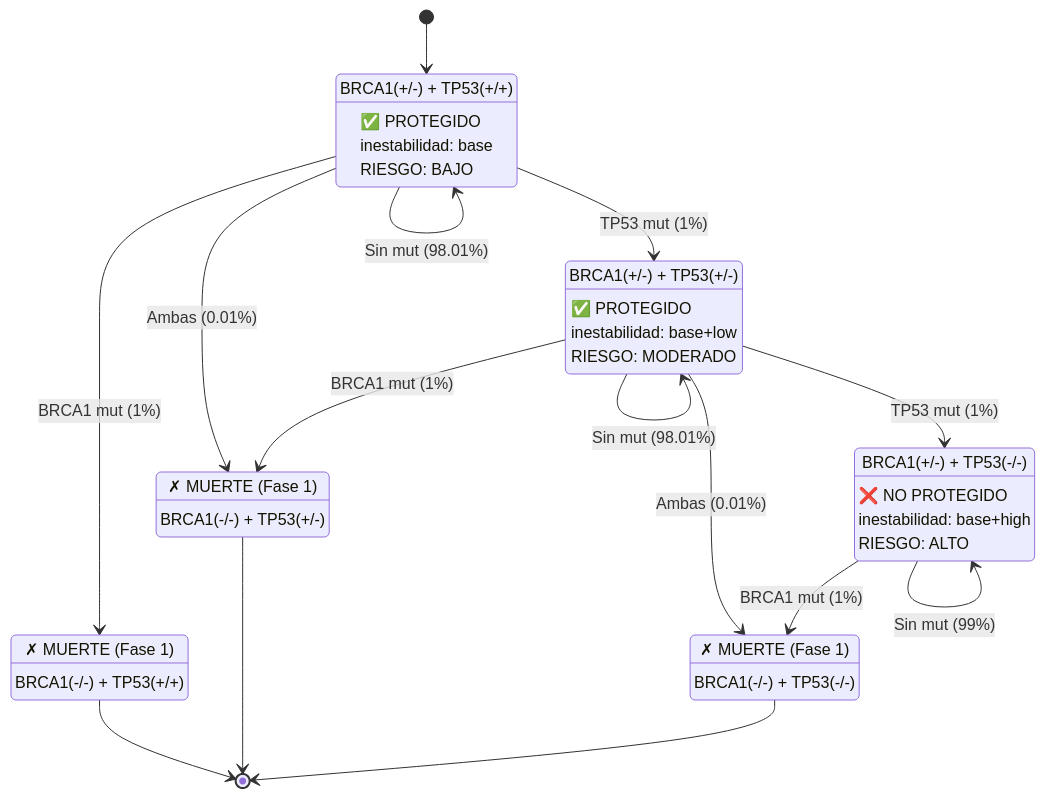
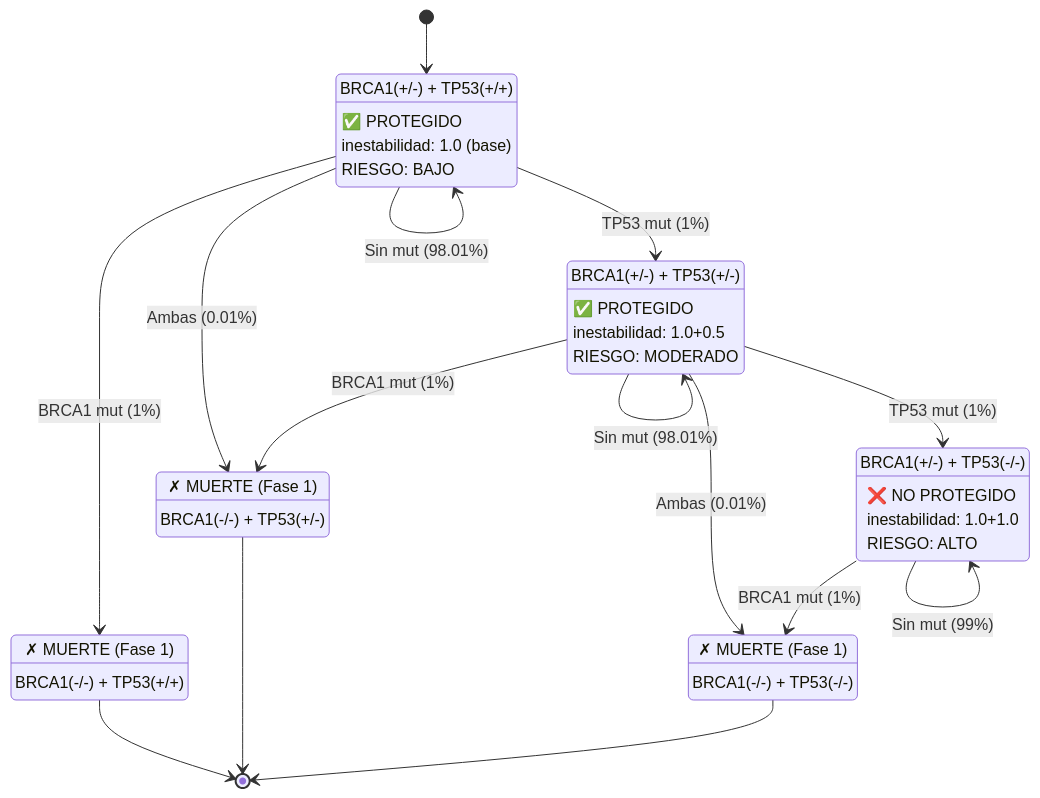
Before and after one commit to lpalomerol/cellSim: the third of 10 diagrams in docs/diagrams-mermaid.md, drawn with Mermaid. The commit also changed other lines of this file and 15 other files, not shown here.

````diff
--- a/docs/diagrams-mermaid.md
+++ b/docs/diagrams-mermaid.md
@@ -95,45 +96,45 @@
 ```mermaid
 stateDiagram-v2
     [*] --> S1
     
     S1: BRCA1(+/-) + TP53(+/+)
     S1: ✅ PROTEGIDO
-    S1: inestabilidad: base
+    S1: inestabilidad: 1.0 (base)
     S1: RIESGO: BAJO
     
     S2: BRCA1(+/-) + TP53(+/-)
     S2: ✅ PROTEGIDO
-    S2: inestabilidad: base+low
+    S2: inestabilidad: 1.0+0.5
     S2: RIESGO: MODERADO
     
     S3: BRCA1(+/-) + TP53(-/-)
     S3: ❌ NO PROTEGIDO
-    S3: inestabilidad: base+high
+    S3: inestabilidad: 1.0+1.0
     S3: RIESGO: ALTO
     
     D1: ✗ MUERTE (Fase 1)
     D1: BRCA1(-/-) + TP53(+/+)
     
     D2: ✗ MUERTE (Fase 1)
     D2: BRCA1(-/-) + TP53(+/-)
     
     D3: ✗ MUERTE (Fase 1)
     D3: BRCA1(-/-) + TP53(-/-)
     
     S1 --> D1: BRCA1 mut (1%)
     S1 --> S2: TP53 mut (1%)
     S1 --> D2: Ambas (0.01%)
     S1 --> S1: Sin mut (98.01%)
     
     S2 --> D2: BRCA1 mut (1%)
     S2 --> S3: TP53 mut (1%)
     S2 --> D3: Ambas (0.01%)
     S2 --> S2: Sin mut (98.01%)
     
     S3 --> D3: BRCA1 mut (1%)
     S3 --> S3: Sin mut (99%)
     
     D1 --> [*]
     D2 --> [*]
     D3 --> [*]
 ```
````
